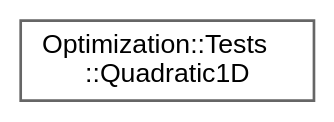
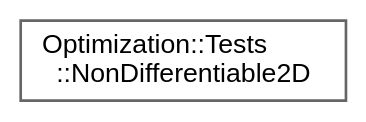
Before and after one commit to jswoo0615/Algorithms_for_Optimization_cpp: the diagram in inherit_graph_33.dot, drawn with Graphviz. The commit also changed 36 other files, not shown here.

```diff
--- a/inherit_graph_33.dot
+++ b/inherit_graph_33.dot
@@ -1,9 +1,9 @@
 digraph "Graphical Class Hierarchy"
 {
  // LATEX_PDF_SIZE
   bgcolor="transparent";
   edge [fontname=Helvetica,fontsize=10,labelfontname=Helvetica,labelfontsize=10];
   node [fontname=Helvetica,fontsize=10,shape=box,height=0.2,width=0.4];
   rankdir="LR";
-  Node0 [id="Node000000",label="Optimization::Tests\l::Quadratic1D",height=0.2,width=0.4,color="grey40", fillcolor="white", style="filled",URL="$structOptimization_1_1Tests_1_1Quadratic1D.html",tooltip="1차원 2차 함수 (Quadratic Function) f(x) = (x - 3.0)^2 전역 최적점: x* = 3.0, f(x*) = 0.0"];
+  Node0 [id="Node000000",label="Optimization::Tests\l::NonDifferentiable2D",height=0.2,width=0.4,color="grey40", fillcolor="white", style="filled",URL="$structOptimization_1_1Tests_1_1NonDifferentiable2D.html",tooltip="미분 불가능한 2차원 목적 함수 (Non-differentiable Function) f(x) = |x_1| + 2 * |x_2 - 1.0| 전역 최적점: x* = [0...."];
 }
```
